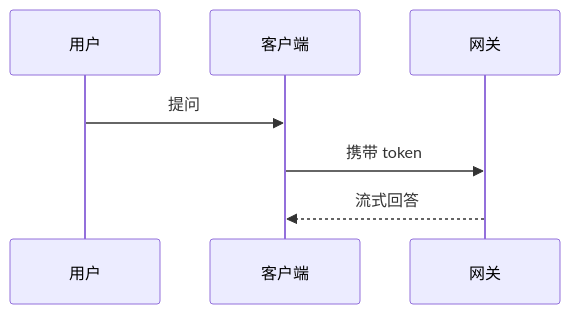
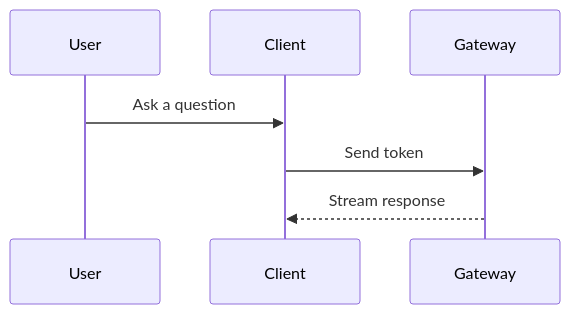
One commit to zhangqin2016/superhelper changed the second of 2 diagrams in resources/skills/lily-diagrams/SKILL.md. Above: the diagram before and after it, drawn with Mermaid. The commit also changed other lines of this file and 62 other files, not shown here.

````diff
--- a/resources/skills/lily-diagrams/SKILL.md
+++ b/resources/skills/lily-diagrams/SKILL.md
@@ -48,9 +61,9 @@
 ```mermaid
 sequenceDiagram
-  participant 用户
-  participant 客户端
-  participant 网关
-  用户->>客户端: 提问
-  客户端->>网关: 携带 token
-  网关-->>客户端: 流式回答
+  participant User
+  participant Client
+  participant Gateway
+  User->>Client: Ask a question
+  Client->>Gateway: Send token
+  Gateway-->>Client: Stream response
 ```
````
